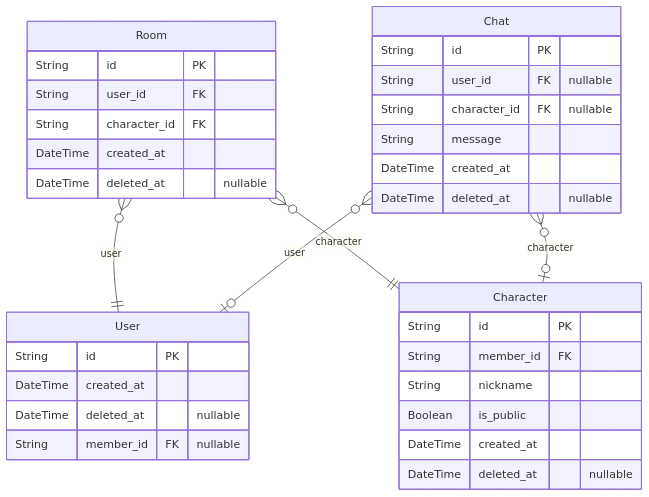
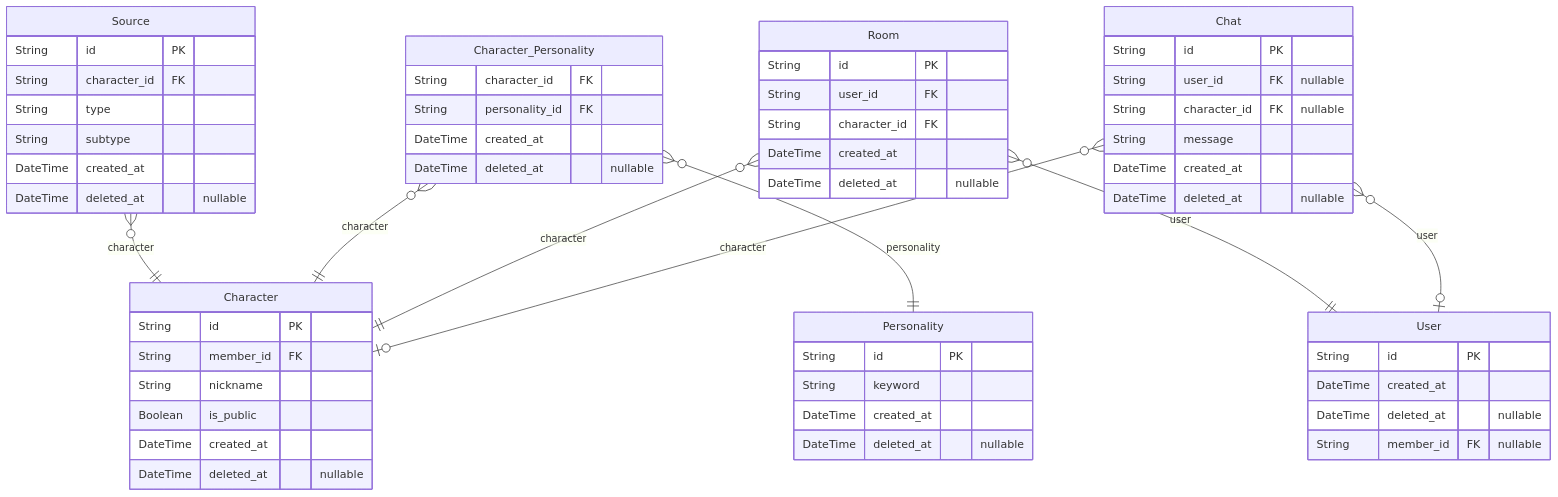
The second of 2 diagrams in prisma/ERD.md (Resupath/backend), drawn with Mermaid before and after one commit. The commit also changed other lines of this file and 1 other file, not shown here.

Commit message:
feat: Personality, Character_Personality 스키마 정의 추가

````diff
--- a/prisma/ERD.md
+++ b/prisma/ERD.md
@@ -67,36 +66,59 @@
 ```mermaid
 erDiagram
+"Source" {
+  String id PK
+  String character_id FK
+  String type
+  String subtype
+  DateTime created_at
+  DateTime deleted_at "nullable"
+}
 "Character" {
   String id PK
   String member_id FK
   String nickname
   Boolean is_public
+  DateTime created_at
+  DateTime deleted_at "nullable"
+}
+"Character_Personality" {
+  String character_id FK
+  String personality_id FK
+  DateTime created_at
+  DateTime deleted_at "nullable"
+}
+"Personality" {
+  String id PK
+  String keyword
   DateTime created_at
   DateTime deleted_at "nullable"
 }
 "Room" {
   String id PK
   String user_id FK
   String character_id FK
   DateTime created_at
   DateTime deleted_at "nullable"
 }
 "Chat" {
   String id PK
   String user_id FK "nullable"
   String character_id FK "nullable"
   String message
   DateTime created_at
   DateTime deleted_at "nullable"
 }
 "User" {
   String id PK
   DateTime created_at
   DateTime deleted_at "nullable"
   String member_id FK "nullable"
 }
+"Source" }o--|| "Character" : character
+"Character_Personality" }o--|| "Personality" : personality
+"Character_Personality" }o--|| "Character" : character
 "Room" }o--|| "User" : user
 "Room" }o--|| "Character" : character
 "Chat" }o--o| "User" : user
 "Chat" }o--o| "Character" : character
 ```
````
